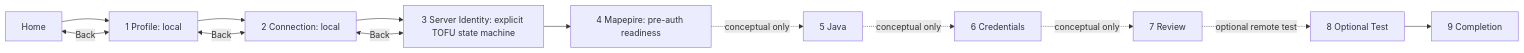
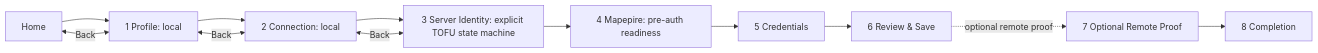
One commit to ddgutierrezc/bac-nexus changed the diagram in docs/IBM_I_PROFILE_WIZARD.md. Above: the diagram before and after it, drawn with Mermaid. The commit also changed other lines of this file and 44 other files, not shown here.

````diff
--- a/docs/IBM_I_PROFILE_WIZARD.md
+++ b/docs/IBM_I_PROFILE_WIZARD.md
@@ -40,15 +40,14 @@
 ```mermaid
 flowchart LR
   H[Home] --> S1[1 Profile: local]
   S1 --> S2[2 Connection: local]
   S2 --> S3[3 Server Identity: explicit TOFU state machine]
   S3 --> S4[4 Mapepire: pre-auth readiness]
-  S4 -. conceptual only .-> S5[5 Java]
-  S5 -. conceptual only .-> S6[6 Credentials]
-  S6 -. conceptual only .-> S7[7 Review]
-  S7 -. optional remote test .-> S8[8 Optional Test]
-  S8 --> S9[9 Completion]
+  S4 --> S5[5 Credentials]
+  S5 --> S6[6 Review & Save]
+  S6 -. optional remote proof .-> S7[7 Optional Remote Proof]
+  S7 --> S8[8 Completion]
   S1 <-- Back --> H
   S2 <-- Back --> S1
   S3 <-- Back --> S2
 ```
````
